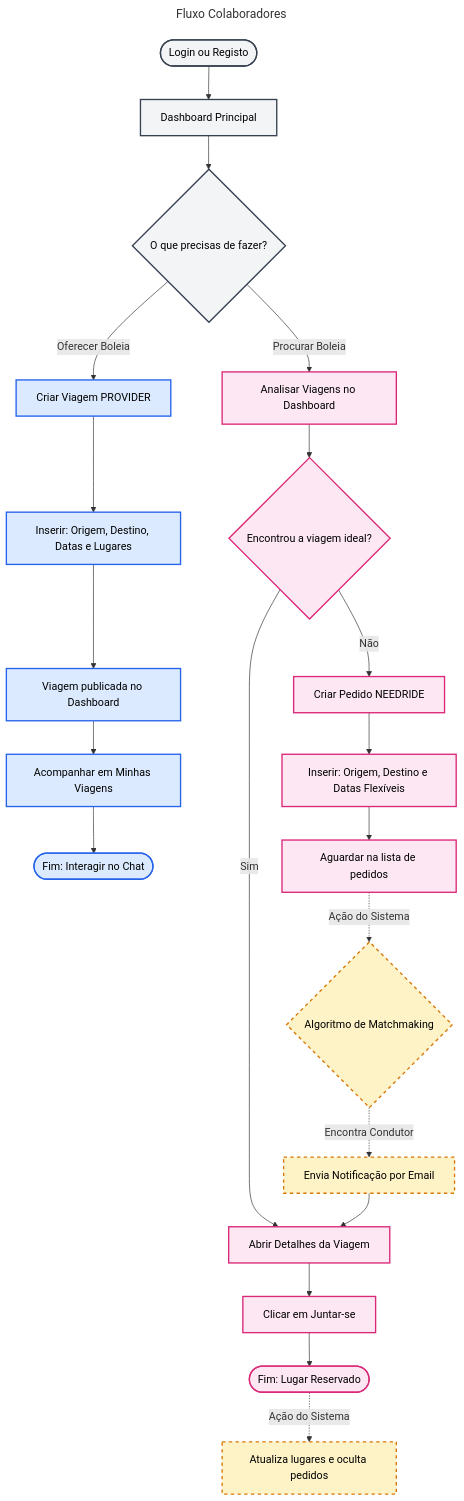
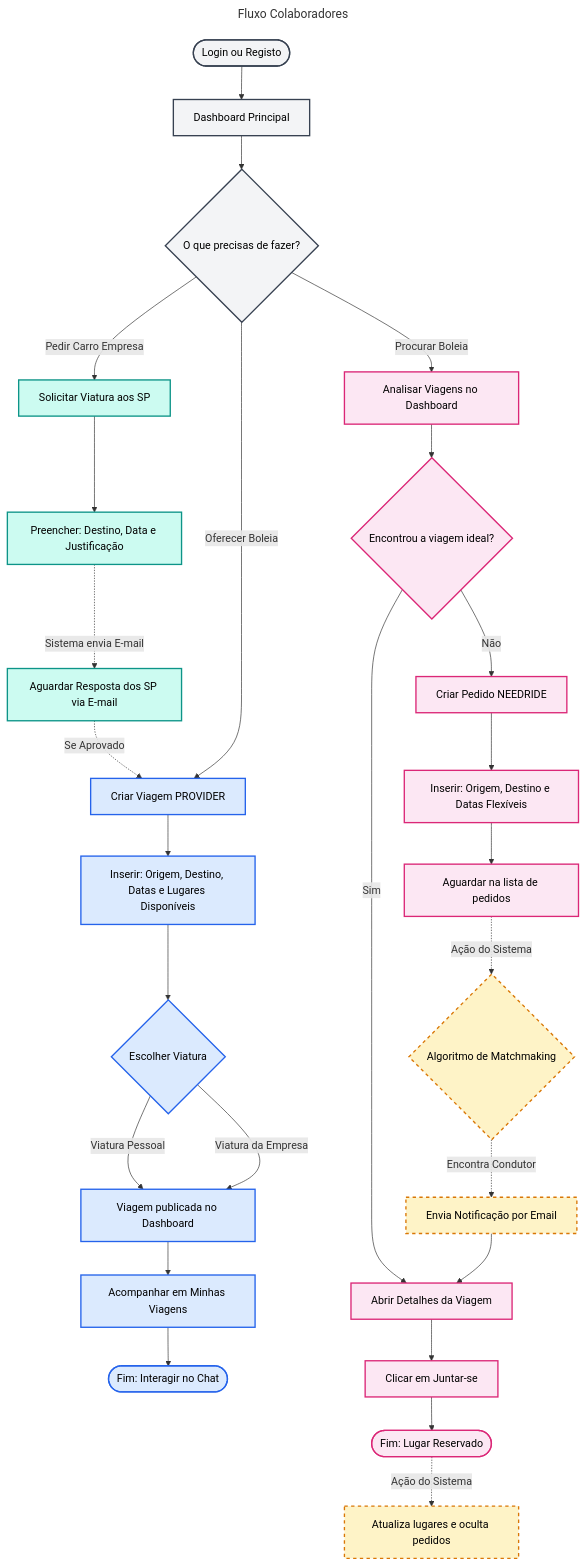
The diagram in Documentation/fluxo-utilizadores.md (joaosantos1231209/Road-Buddies), drawn with Mermaid before and after one commit. The commit also changed 14 other files, not shown here.

````diff
--- a/Documentation/fluxo-utilizadores.md
+++ b/Documentation/fluxo-utilizadores.md
@@ -1,46 +1,56 @@
 ```mermaid
 ---
 title: Fluxo Colaboradores
 ---
 graph TD
     %% Estilos
     classDef login fill:#f3f4f6,stroke:#374151,stroke-width:2px,color:#000
     classDef condutor fill:#dbeafe,stroke:#2563eb,stroke-width:2px,color:#000
     classDef passageiro fill:#fce7f3,stroke:#db2777,stroke-width:2px,color:#000
     classDef sistema fill:#fef3c7,stroke:#d97706,stroke-width:2px,stroke-dasharray: 5 5,color:#000
+    classDef frota fill:#ccfbf1,stroke:#0d9488,stroke-width:2px,color:#000
 
     %% Estrutura Base
     A([Login ou Registo]) --> B[Dashboard Principal]
     B --> C{O que precisas de fazer?}
 
+    %% FLUXO DE FROTA / SP (NOVO)
+    C -->|Pedir Carro Empresa| SP1[Solicitar Viatura aos SP]
+    SP1 --> SP2[Preencher: Destino, Data e Justificação]
+    SP2 -.->|Sistema envia E-mail| SP3[Aguardar Resposta dos SP via E-mail]
+    SP3 -.->|Se Aprovado| D
+
     %% FLUXO DO CONDUTOR
     C -->|Oferecer Boleia| D[Criar Viagem PROVIDER]
-    D --> E[Inserir: Origem, Destino, Datas e Lugares]
-    E --> F[Viagem publicada no Dashboard]
+    D --> E[Inserir: Origem, Destino, Datas e Lugares Disponíveis]
+    E --> E2{Escolher Viatura}
+    E2 -->|Viatura Pessoal| F[Viagem publicada no Dashboard]
+    E2 -->|Viatura da Empresa| F
     F --> G[Acompanhar em Minhas Viagens]
     G --> H([Fim: Interagir no Chat])
 
     %% FLUXO DO PASSAGEIRO
     C -->|Procurar Boleia| I[Analisar Viagens no Dashboard]
     I --> J{Encontrou a viagem ideal?}
 
     J -->|Sim| K[Abrir Detalhes da Viagem]
     K --> L[Clicar em Juntar-se]
     L --> M([Fim: Lugar Reservado])
     M -.->|Ação do Sistema| N[Atualiza lugares e oculta pedidos]
 
     J -->|Não| O[Criar Pedido NEEDRIDE]
     O --> P[Inserir: Origem, Destino e Datas Flexíveis]
     P --> Q[Aguardar na lista de pedidos]
     
     %% O Sistema
     Q -.->|Ação do Sistema| R{Algoritmo de Matchmaking}
     R -.->|Encontra Condutor| S[Envia Notificação por Email]
     S --> K
 
     %% Aplicar as classes
     class A,B,C login;
-    class D,E,F,G,H condutor;
+    class D,E,E2,F,G,H condutor;
     class I,J,K,L,M,O,P,Q passageiro;
     class N,R,S sistema;
+    class SP1,SP2,SP3 frota;
 ```
````
